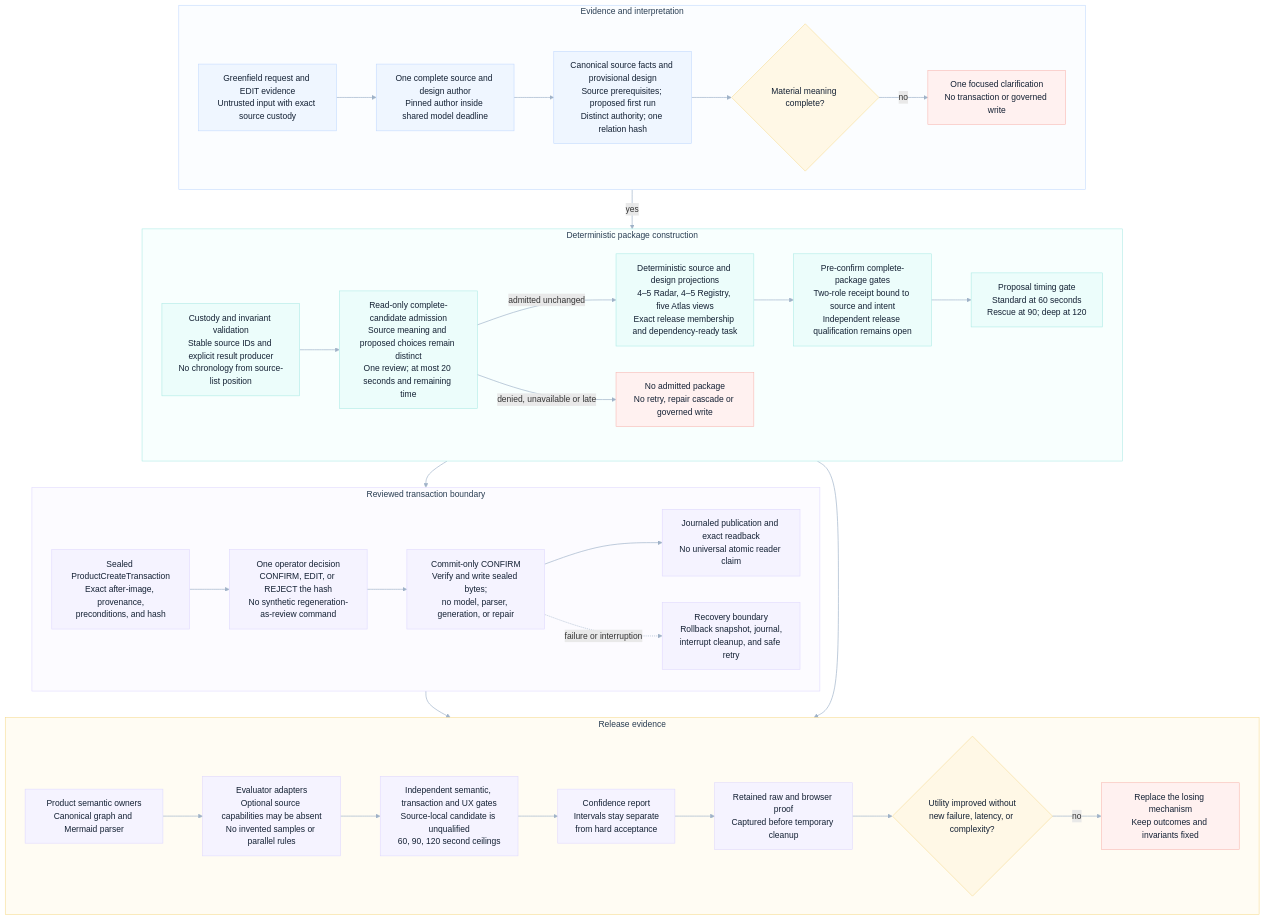
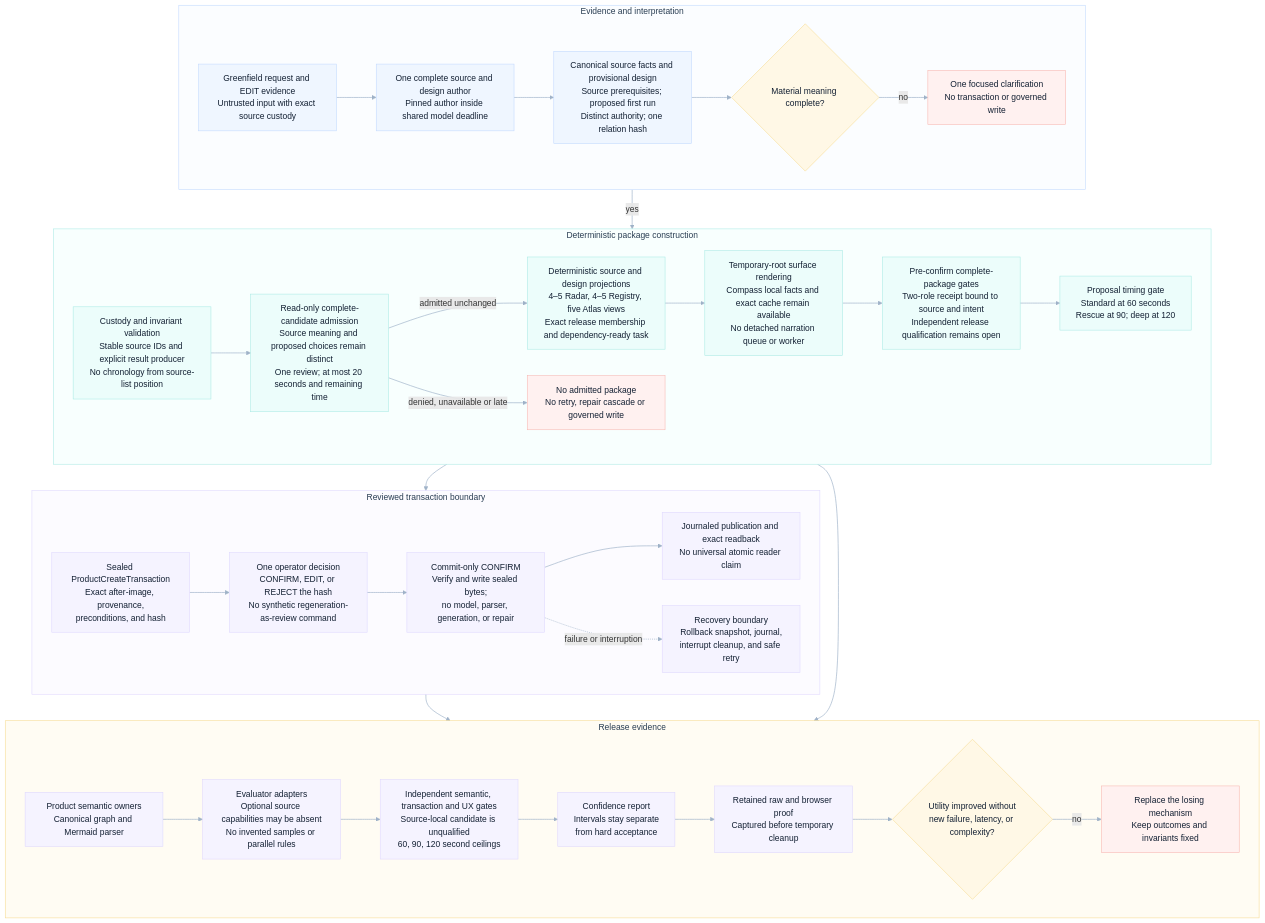
Before and after one commit to odylith/odylith: the diagram in odylith/atlas/source/domain-intelligence-greenfield-governance.mmd, drawn with Mermaid. The commit also changed 54 other files, not shown here.

Commit message:
Bound Greenfield staging narration to temporary-root lifetime

```diff
--- a/odylith/atlas/source/domain-intelligence-greenfield-governance.mmd
+++ b/odylith/atlas/source/domain-intelligence-greenfield-governance.mmd
@@ -1,70 +1,71 @@
 flowchart TB
     subgraph evidence_lane["Evidence and interpretation"]
       direction LR
       request["Greenfield request and EDIT evidence<br/>Untrusted input with exact source custody"]
       model_pass["One complete source and design author<br/>Pinned author inside shared model deadline"]
       typed_graph["Canonical source facts and provisional design<br/>Source prerequisites; proposed first run<br/>Distinct authority; one relation hash"]
       ambiguity{"Material meaning complete?"}
       clarify["One focused clarification<br/>No transaction or governed write"]
       request --> model_pass --> typed_graph --> ambiguity
       ambiguity -- "no" --> clarify
     end
 
     subgraph projection_lane["Deterministic package construction"]
       direction LR
       custody["Custody and invariant validation<br/>Stable source IDs and explicit result producer<br/>No chronology from source-list position"]
       review["Read-only complete-candidate admission<br/>Source meaning and proposed choices remain distinct<br/>One review; at most 20 seconds and remaining time"]
       denied["No admitted package<br/>No retry, repair cascade or governed write"]
       projections["Deterministic source and design projections<br/>4–5 Radar, 4–5 Registry, five Atlas views<br/>Exact release membership and dependency-ready task"]
+      staged_surfaces["Temporary-root surface rendering<br/>Compass local facts and exact cache remain available<br/>No detached narration queue or worker"]
       quality["Pre-confirm complete-package gates<br/>Two-role receipt bound to source and intent<br/>Independent release qualification remains open"]
       timing["Proposal timing gate<br/>Standard at 60 seconds<br/>Rescue at 90; deep at 120"]
       custody --> review
-      review -- "admitted unchanged" --> projections --> quality --> timing
+      review -- "admitted unchanged" --> projections --> staged_surfaces --> quality --> timing
       review -- "denied, unavailable or late" --> denied
     end
 
     subgraph transaction_lane["Reviewed transaction boundary"]
       direction LR
       sealed["Sealed ProductCreateTransaction<br/>Exact after-image, provenance,<br/>preconditions, and hash"]
       decision["One operator decision<br/>CONFIRM, EDIT, or REJECT the hash<br/>No synthetic regeneration-as-review command"]
       confirm["Commit-only CONFIRM<br/>Verify and write sealed bytes;<br/>no model, parser, generation, or repair"]
       publish["Journaled publication and exact readback<br/>No universal atomic reader claim"]
       recovery["Recovery boundary<br/>Rollback snapshot, journal,<br/>interrupt cleanup, and safe retry"]
       sealed --> decision --> confirm --> publish
       confirm -. "failure or interruption" .-> recovery
     end
 
     subgraph proof_lane["Release evidence"]
       direction LR
       owners["Product semantic owners<br/>Canonical graph and Mermaid parser"]
       evaluator["Evaluator adapters<br/>Optional source capabilities may be absent<br/>No invented samples or parallel rules"]
       acceptance["Independent semantic, transaction and UX gates<br/>Source-local candidate is unqualified<br/>60, 90, 120 second ceilings"]
       confidence["Confidence report<br/>Intervals stay separate<br/>from hard acceptance"]
       retained["Retained raw and browser proof<br/>Captured before temporary cleanup"]
       drift{"Utility improved without<br/>new failure, latency, or complexity?"}
       replace["Replace the losing mechanism<br/>Keep outcomes and invariants fixed"]
       owners --> evaluator --> acceptance --> confidence --> retained --> drift
       drift -- "no" --> replace
     end
 
     ambiguity -- "yes" --> custody
     timing --> sealed
     quality --> evaluator
     publish --> retained
 
     classDef primary fill:#EFF6FF,stroke:#BFD7FE,color:#132033,stroke-width:1px;
     classDef execution fill:#ECFDFB,stroke:#A7E9E3,color:#132033,stroke-width:1px;
     classDef governance fill:#F5F3FF,stroke:#DDD6FE,color:#132033,stroke-width:1px;
     classDef constraint fill:#FFF8E6,stroke:#F6D98B,color:#132033,stroke-width:1px;
     classDef invalid fill:#FFF1F0,stroke:#F7B4AE,color:#132033,stroke-width:1px;
     class request,model_pass,typed_graph primary;
-    class custody,review,projections,quality,timing execution;
+    class custody,review,projections,staged_surfaces,quality,timing execution;
     class sealed,decision,confirm,publish,recovery,owners,evaluator,acceptance,confidence,retained governance;
     class ambiguity,drift constraint;
     class clarify,denied,replace invalid;
 
     style evidence_lane fill:#FBFDFF,stroke:#BFD7FE,stroke-width:1px,color:#293D52
     style projection_lane fill:#F8FFFE,stroke:#A7E9E3,stroke-width:1px,color:#293D52
     style transaction_lane fill:#FCFBFF,stroke:#DDD6FE,stroke-width:1px,color:#293D52
     style proof_lane fill:#FFFCF3,stroke:#F6D98B,stroke-width:1px,color:#293D52
     linkStyle default stroke:#9FB2C8,stroke-width:1.25px
```
